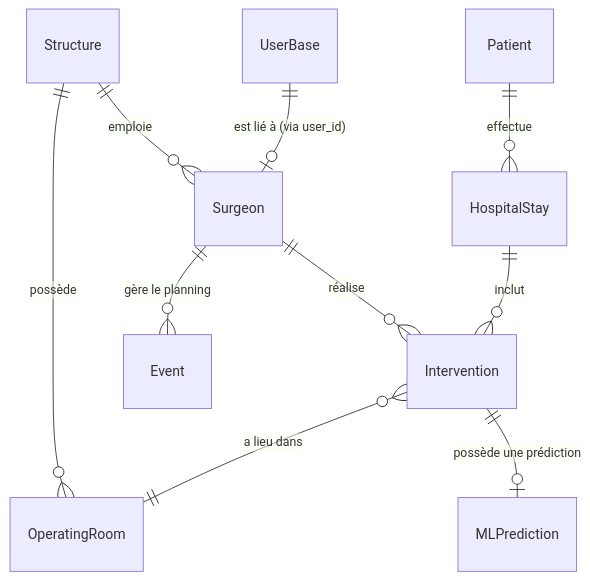
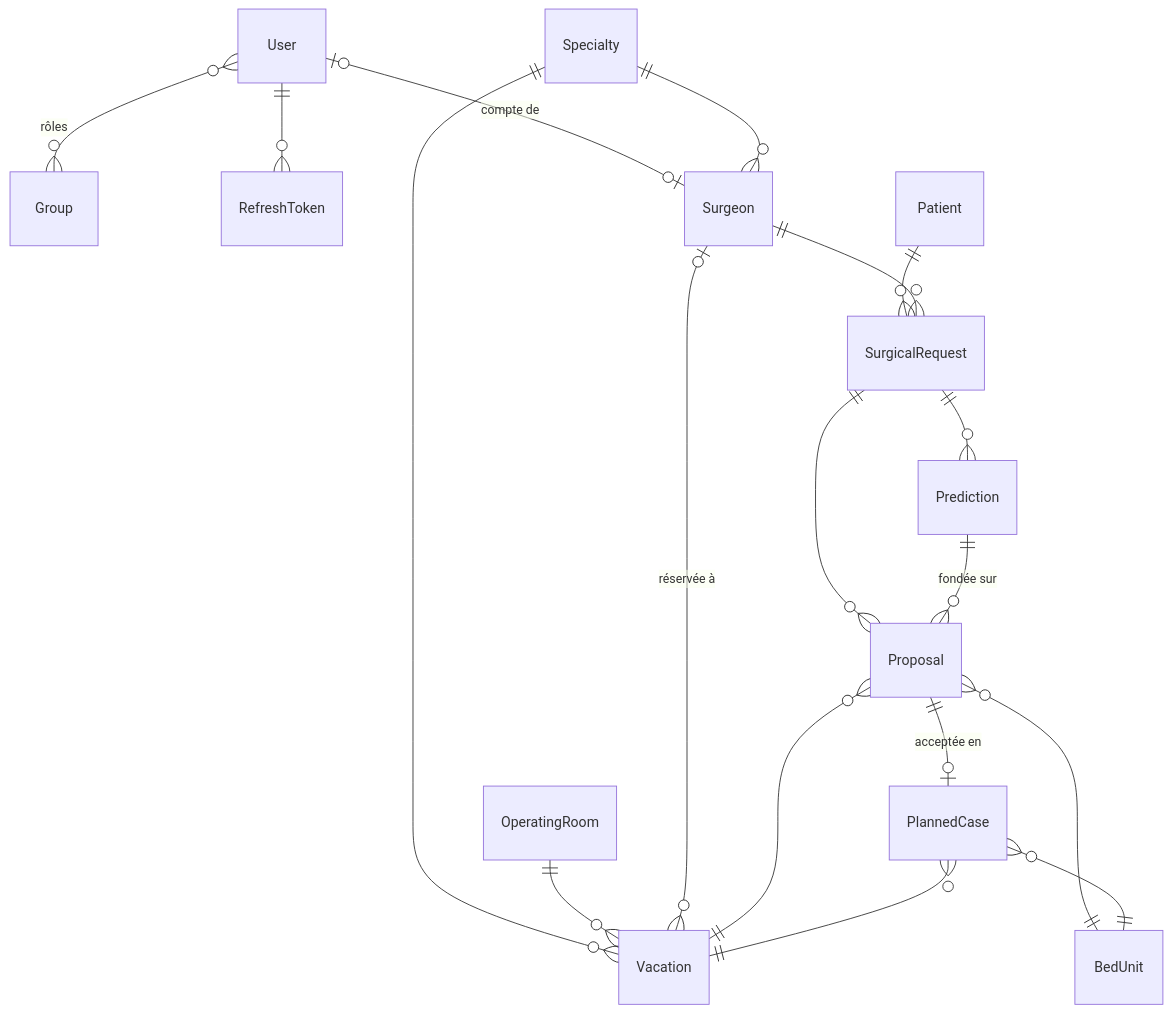
Before and after one commit to Kaua-Rbs/IA-et-Sante-groupe-2: the first of 2 diagrams in interface/docs/BDD.md, drawn with Mermaid. The commit also changed other lines of this file and 128 other files, not shown here.

````diff
--- a/interface/docs/BDD.md
+++ b/interface/docs/BDD.md
@@ -7,15 +7,22 @@
 ```mermaid
 erDiagram
-    Structure ||--o{ OperatingRoom : "possède"
-    Structure ||--o{ Surgeon : "emploie"
-    UserBase ||--o| Surgeon : "est lié à (via user_id)"
-    
-    Patient ||--o{ HospitalStay : "effectue"
-    HospitalStay ||--o{ Intervention : "inclut"
-    
-    Surgeon ||--o{ Event : "gère le planning"
-    Surgeon ||--o{ Intervention : "réalise"
-    
-    Intervention }o--|| OperatingRoom : "a lieu dans"
-    Intervention ||--o| MLPrediction : "possède une prédiction"
+    User }o--o{ Group : "rôles"
+    User ||--o{ RefreshToken : ""
+    User |o--o| Surgeon : "compte de"
+
+    Specialty ||--o{ Surgeon : ""
+    Specialty ||--o{ Vacation : ""
+    OperatingRoom ||--o{ Vacation : ""
+    Surgeon |o--o{ Vacation : "réservée à"
+
+    Patient ||--o{ SurgicalRequest : ""
+    Surgeon ||--o{ SurgicalRequest : ""
+    SurgicalRequest ||--o{ Prediction : ""
+    SurgicalRequest ||--o{ Proposal : ""
+    Prediction ||--o{ Proposal : "fondée sur"
+    Proposal }o--|| Vacation : ""
+    Proposal }o--|| BedUnit : ""
+    Proposal ||--o| PlannedCase : "acceptée en"
+    PlannedCase }o--|| Vacation : ""
+    PlannedCase }o--|| BedUnit : ""
 ```
````
